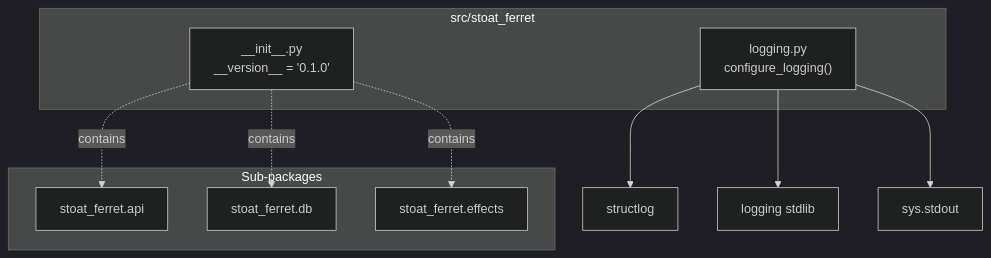
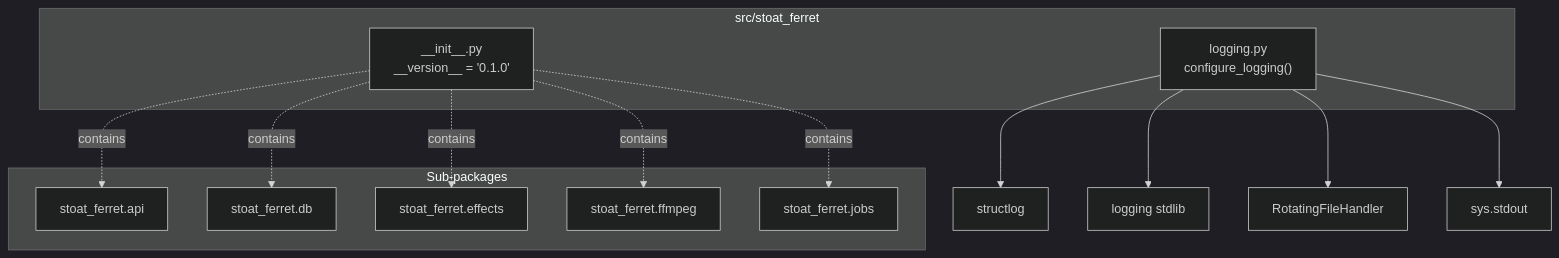
Before and after one commit to gwickman/stoat-and-ferret: the diagram in docs/C4-Documentation/c4-code-stoat-ferret.md, drawn with Mermaid (dark theme). The commit also changed other lines of this file and 22 other files, not shown here.

````diff
--- a/docs/C4-Documentation/c4-code-stoat-ferret.md
+++ b/docs/C4-Documentation/c4-code-stoat-ferret.md
@@ -42,21 +43,26 @@
 ```mermaid
 flowchart TB
     subgraph "src/stoat_ferret"
         init["__init__.py<br/>__version__ = '0.1.0'"]
         log_mod["logging.py<br/>configure_logging()"]
     end
 
     log_mod --> structlog["structlog"]
     log_mod --> stdlib["logging stdlib"]
+    log_mod --> rotating["RotatingFileHandler"]
     log_mod --> sys_mod["sys.stdout"]
 
     subgraph "Sub-packages"
         api["stoat_ferret.api"]
         db["stoat_ferret.db"]
         effects["stoat_ferret.effects"]
+        ffmpeg["stoat_ferret.ffmpeg"]
+        jobs["stoat_ferret.jobs"]
     end
 
     init -.->|"contains"| api
     init -.->|"contains"| db
     init -.->|"contains"| effects
+    init -.->|"contains"| ffmpeg
+    init -.->|"contains"| jobs
 ```
````
